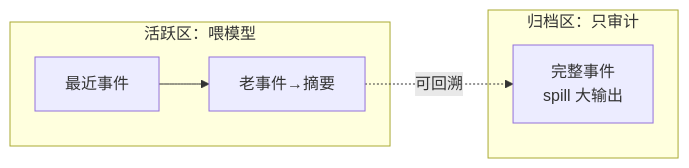
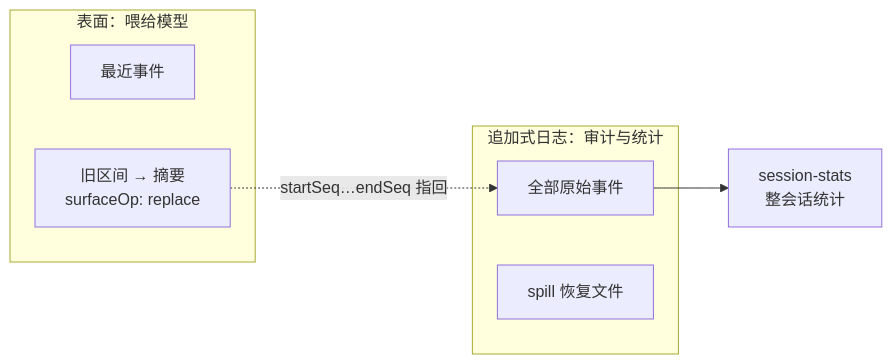
One commit to vinthuy/deepseek-harness-book changed the diagram in 附录F-性能与规模.md. Above: the diagram before and after it, drawn with Mermaid. The commit also changed other lines of this file and 24 other files, not shown here.

````diff
--- a/附录F-性能与规模.md
+++ b/附录F-性能与规模.md
@@ -24,12 +26,13 @@
 ```mermaid
 flowchart LR
-    subgraph 活跃区[活跃区：喂模型]
+    subgraph 表面[表面：喂给模型]
         A1[最近事件]
-        A2[老事件→摘要]
+        A2[旧区间 → 摘要<br/>surfaceOp: replace]
     end
-    subgraph 归档区[归档区：只审计]
-        B1[完整事件<br/>spill 大输出]
+    subgraph 日志[追加式日志：审计与统计]
+        B1[全部原始事件]
+        B2[spill 恢复文件]
     end
-    A1 --> A2
-    A2 -. 可回溯 .-> B1
+    A2 -. "startSeq…endSeq 指回" .-> B1
+    B1 --> S[session-stats<br/>整会话统计]
 ```
````
